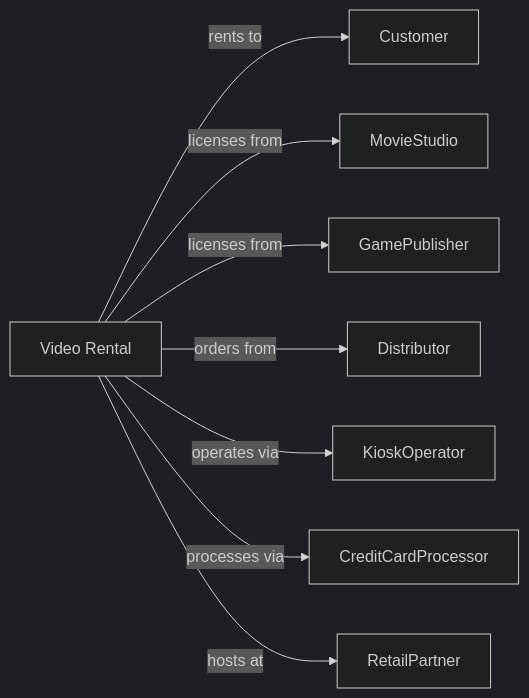
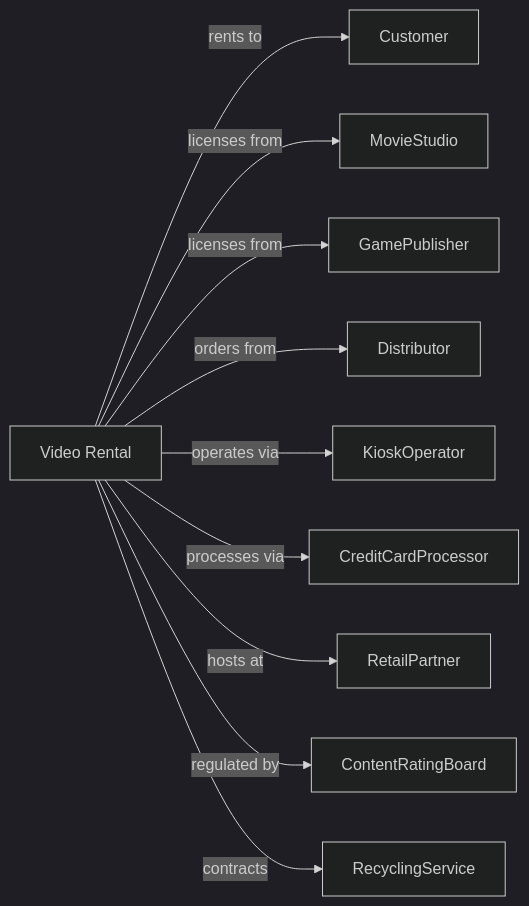
The second of 2 diagrams in RealEstate/RentalAndLeasingServices/ConsumerGoodsRental/VideoTapeAndDiscRental.mdx (dot-org-ai/industries.org.ai), drawn with Mermaid (dark theme) before and after one commit. The commit also changed other lines of this file and 588 other files, not shown here.

````diff
--- a/RealEstate/RentalAndLeasingServices/ConsumerGoodsRental/VideoTapeAndDiscRental.mdx
+++ b/RealEstate/RentalAndLeasingServices/ConsumerGoodsRental/VideoTapeAndDiscRental.mdx
@@ -133,12 +133,14 @@
 ```mermaid
 graph LR
     V[Video Rental]
 
     V -->|rents to| Customer
     V -->|licenses from| MovieStudio
     V -->|licenses from| GamePublisher
     V -->|orders from| Distributor
     V -->|operates via| KioskOperator
     V -->|processes via| CreditCardProcessor
     V -->|hosts at| RetailPartner
+    V -->|regulated by| ContentRatingBoard
+    V -->|contracts| RecyclingService
 ```
````
